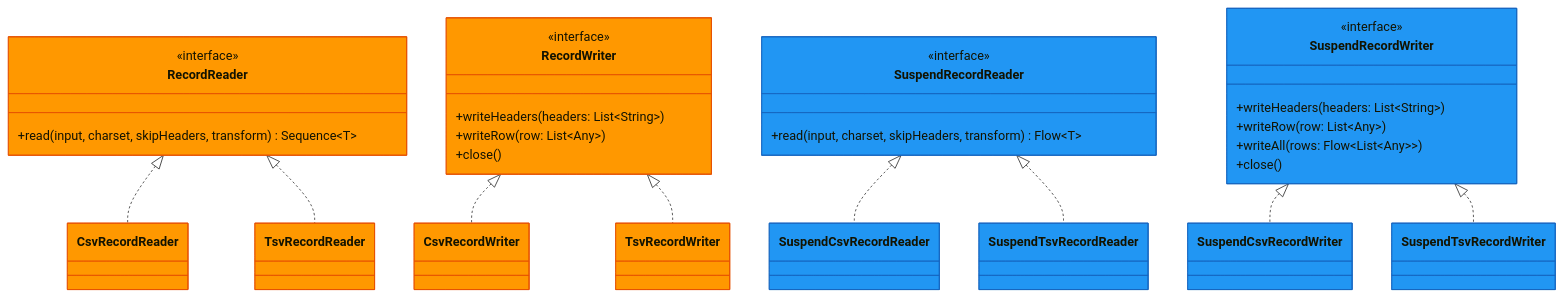
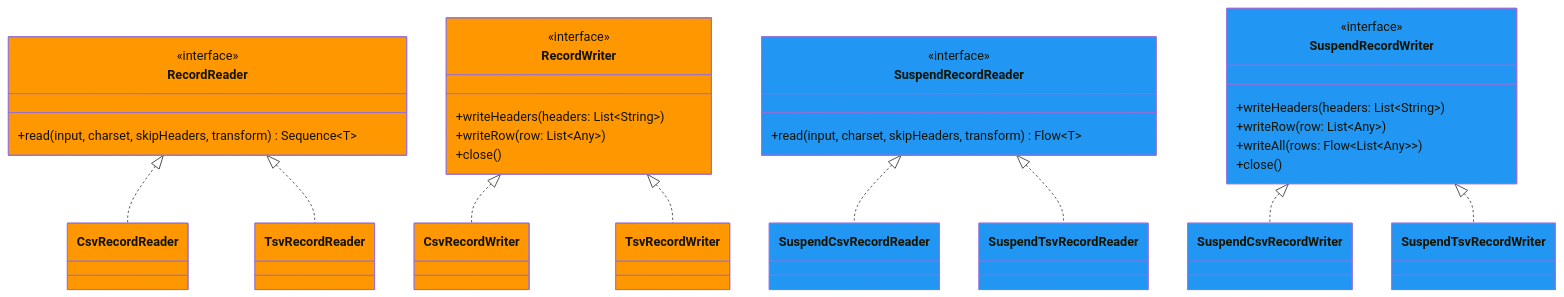
One commit to bluetape4k/bluetape4k-projects changed the first of 2 diagrams in io/csv/README.md. Above: the diagram before and after it, drawn with Mermaid. The commit also changed 94 other files, not shown here.

First line of the commit message:
docs: Mermaid classDef에서 stroke:#색상 제거 (파서 오류 수정)

````diff
--- a/io/csv/README.md
+++ b/io/csv/README.md
@@ -155,48 +155,48 @@
 ```mermaid
 classDiagram
     class RecordReader:::codecStyle {
         <<interface>>
         +read(input, charset, skipHeaders, transform) Sequence~T~
     }
 
     class RecordWriter:::codecStyle {
         <<interface>>
         +writeHeaders(headers: List~String~)
         +writeRow(row: List~Any~)
         +close()
     }
 
     class SuspendRecordReader:::clientStyle {
         <<interface>>
         +read(input, charset, skipHeaders, transform) Flow~T~
     }
 
     class SuspendRecordWriter:::clientStyle {
         <<interface>>
         +writeHeaders(headers: List~String~)
         +writeRow(row: List~Any~)
         +writeAll(rows: Flow~List~Any~~)
         +close()
     }
 
     class CsvRecordReader:::codecStyle
     class TsvRecordReader:::codecStyle
     class CsvRecordWriter:::codecStyle
     class TsvRecordWriter:::codecStyle
     class SuspendCsvRecordReader:::clientStyle
     class SuspendTsvRecordReader:::clientStyle
     class SuspendCsvRecordWriter:::clientStyle
     class SuspendTsvRecordWriter:::clientStyle
 
     RecordReader <|.. CsvRecordReader
     RecordReader <|.. TsvRecordReader
     RecordWriter <|.. CsvRecordWriter
     RecordWriter <|.. TsvRecordWriter
     SuspendRecordReader <|.. SuspendCsvRecordReader
     SuspendRecordReader <|.. SuspendTsvRecordReader
     SuspendRecordWriter <|.. SuspendCsvRecordWriter
     SuspendRecordWriter <|.. SuspendTsvRecordWriter
 
-    classDef clientStyle fill:#2196F3,stroke:#1565C0
-    classDef codecStyle  fill:#FF9800,stroke:#E65100
+    classDef clientStyle fill:#2196F3
+    classDef codecStyle  fill:#FF9800
 ```
````
